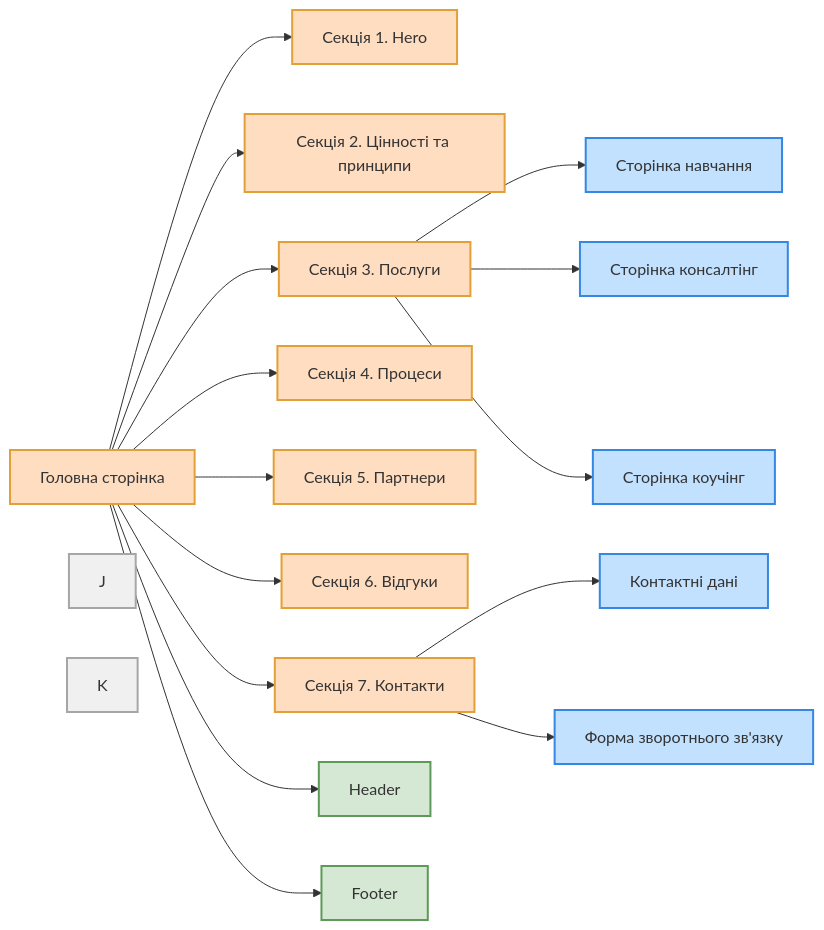
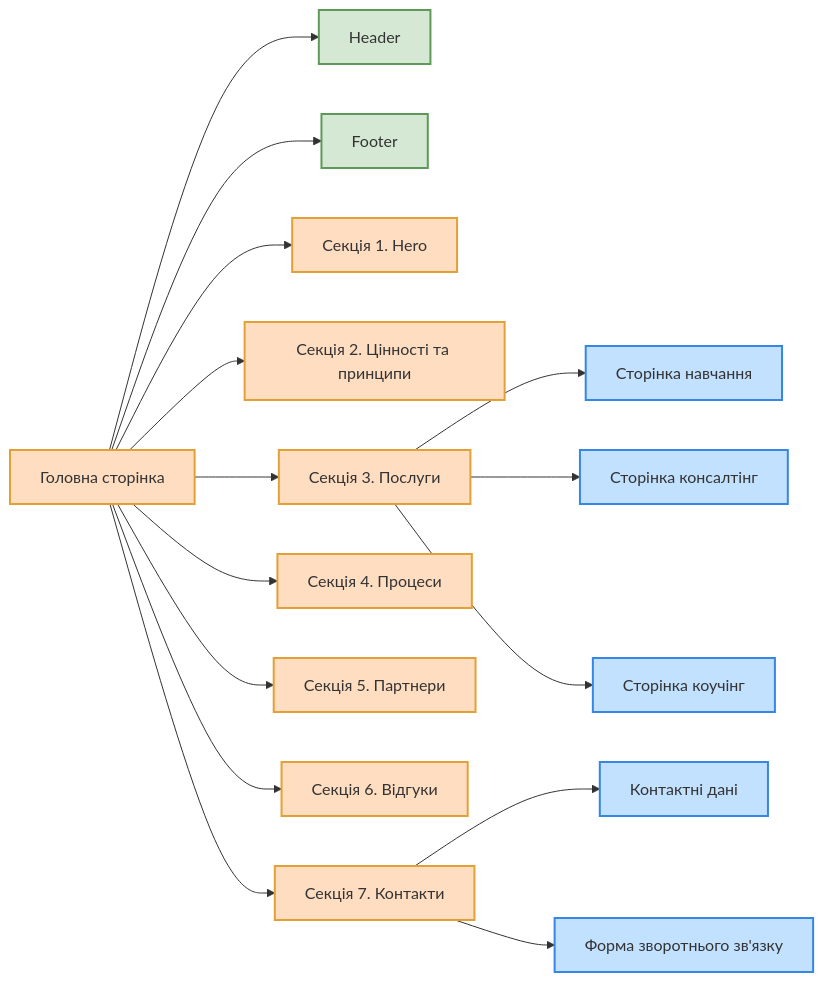
One commit to sergio-nezhigay/carptravel changed the diagram in README.md. Above: the diagram before and after it, drawn with Mermaid.

````diff
--- a/README.md
+++ b/README.md
@@ -57,45 +57,42 @@
 ```mermaid
 graph LR
+
+  %% Хедер і футер
+  style B fill:#D5E8D4, stroke:#5E9959, stroke-width:2px;
+  style L fill:#D5E8D4, stroke:#5E9959, stroke-width:2px;
 
   %% Секції
   style A fill:#FFDDC1, stroke:#E3A036, stroke-width:2px;
   style C fill:#FFDDC1, stroke:#E3A036, stroke-width:2px;
   style D fill:#FFDDC1, stroke:#E3A036, stroke-width:2px;
   style E fill:#FFDDC1, stroke:#E3A036, stroke-width:2px;
   style F fill:#FFDDC1, stroke:#E3A036, stroke-width:2px;
   style G fill:#FFDDC1, stroke:#E3A036, stroke-width:2px;
   style H fill:#FFDDC1, stroke:#E3A036, stroke-width:2px;
   style I fill:#FFDDC1, stroke:#E3A036, stroke-width:2px;
 
-  %% Хедер і футер
-  style B fill:#D5E8D4, stroke:#5E9959, stroke-width:2px;
-  style L fill:#D5E8D4, stroke:#5E9959, stroke-width:2px;
-
   %% Сторінки
   style N fill:#C1E1FF, stroke:#3686E3, stroke-width:2px;
   style O fill:#C1E1FF, stroke:#3686E3, stroke-width:2px;
   style P fill:#C1E1FF, stroke:#3686E3, stroke-width:2px;
   style R fill:#C1E1FF, stroke:#3686E3, stroke-width:2px;
   style S fill:#C1E1FF, stroke:#3686E3, stroke-width:2px;
-
-  %% Лого і навігаційне меню
-  style J fill:#F0F0F0, stroke:#A6A6A6, stroke-width:2px;
-  style K fill:#F0F0F0, stroke:#A6A6A6, stroke-width:2px;
 
   A[Головна сторінка] --> B[Header]
   A --> C[Секція 1. Hero]
   A --> D[Секція 2. Цінності та принципи]
   A --> E[Секція 3. Послуги]
   A --> F[Секція 4. Процеси]
   A --> G[Секція 5. Партнери]
   A --> H[Секція 6. Відгуки]
   A --> I[Секція 7. Контакти]
   A --> L[Footer]
   E --> N[Сторінка навчання]
   E --> O[Сторінка консалтінг]
   E --> P[Сторінка коучінг]
 
   I --> R[Контактні дані]
   I --> S[Форма зворотнього зв'язку]
 
+
 ```
````
